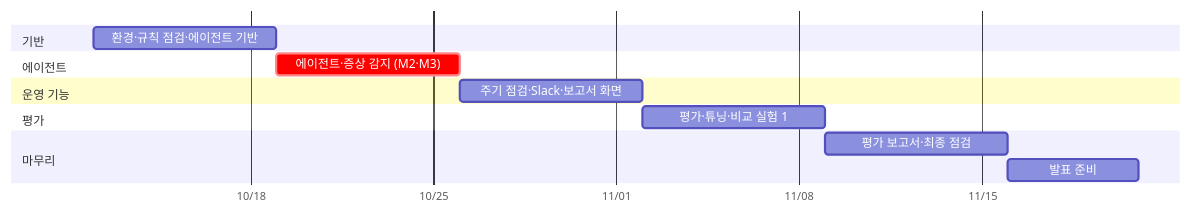
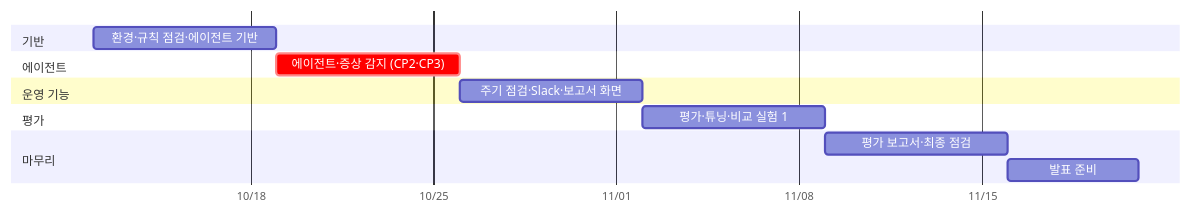
Before and after one commit to skax-jihyeryu/KubeGuardian: the diagram in docs/02-execution-plan.md, drawn with Mermaid. The commit also changed other lines of this file and 1 other file, not shown here.

````diff
--- a/docs/02-execution-plan.md
+++ b/docs/02-execution-plan.md
@@ -298,16 +298,16 @@
 ```mermaid
 gantt
     dateFormat YYYY-MM-DD
     axisFormat %m/%d
     section 기반
     환경·규칙 점검·에이전트 기반 :w1, 2026-10-12, 7d
     section 에이전트
-    에이전트·증상 감지 (M2·M3) :crit, w2, after w1, 7d
+    에이전트·증상 감지 (CP2·CP3) :crit, w2, after w1, 7d
     section 운영 기능
     주기 점검·Slack·보고서 화면 :w3, after w2, 7d
     section 평가
     평가·튜닝·비교 실험 1 :w4, after w3, 7d
     section 마무리
     평가 보고서·최종 점검 :w5, after w4, 7d
     발표 준비 :p, after w5, 5d
 ```
````
